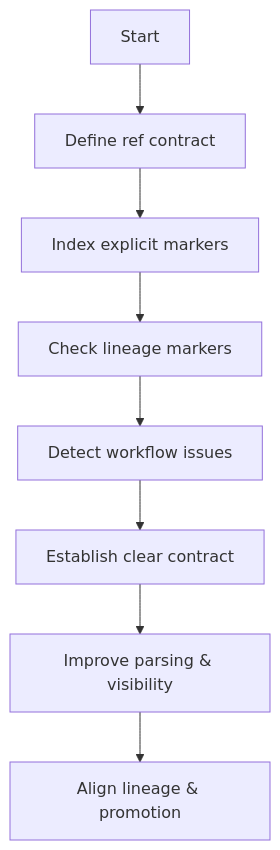
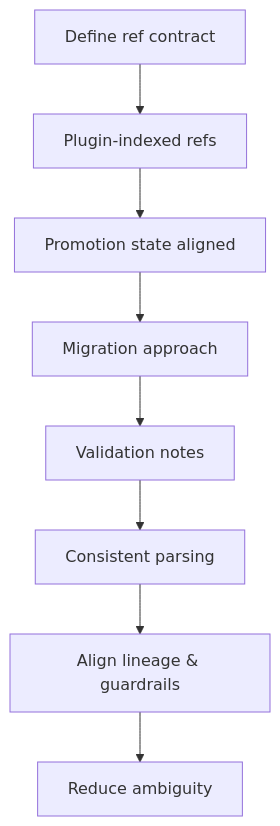
The diagram in logics/request/req_007_logics_references_compatibility_with_cdx_logics_vscode.md (AlexAgo83/logics-manager), drawn with Mermaid before and after one commit. The commit also changed 50 other files, not shown here.

````diff
--- a/logics/request/req_007_logics_references_compatibility_with_cdx_logics_vscode.md
+++ b/logics/request/req_007_logics_references_compatibility_with_cdx_logics_vscode.md
@@ -10,12 +10,12 @@
 ```mermaid
 %% logics-kind: request
 %% logics-signature: request|logics-references-compatibility-with-cdx|make-logics-references-consistently-pars|ac1-a-documented-reference-contract-is
 flowchart TD
-    A[Start] --> B[Define ref contract]
-    B --> C[Index explicit markers]
-    C --> D[Check lineage markers]
-    D --> E[Detect workflow issues]
-    E --> F[Establish clear contract]
-    F --> G[Improve parsing & visibility]
-    G --> H[Align lineage & promotion]
+  A[Define ref contract] --> B[Plugin-indexed refs]
+  B --> C[Promotion state aligned]
+  C --> D[Migration approach]
+  D --> E[Validation notes]
+  E --> F[Consistent parsing]
+  F --> G[Align lineage & guardrails]
+  G --> H[Reduce ambiguity]
 ```
````
